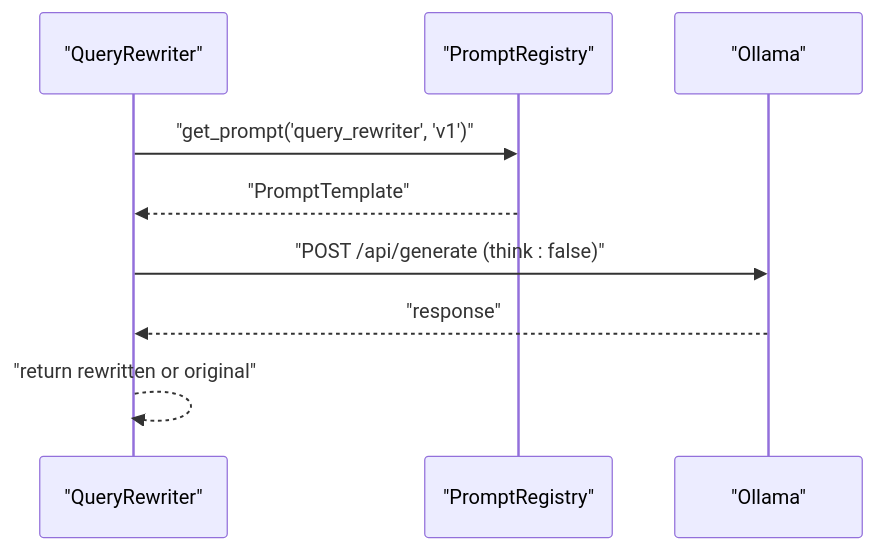
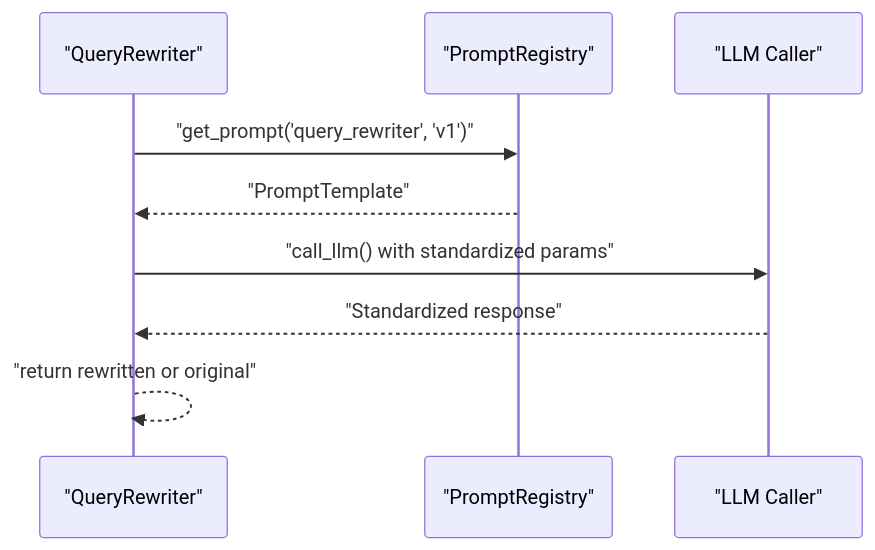
Before and after one commit to genes8/private-ai: the fifth of 11 diagrams in .qoder/repowiki/en/content/AI Agent Pipeline/LLM Integration and Ollama.md, drawn with Mermaid. The commit also changed other lines of this file and 55 other files, not shown here.

````diff
--- a/.qoder/repowiki/en/content/AI Agent Pipeline/LLM Integration and Ollama.md
+++ b/.qoder/repowiki/en/content/AI Agent Pipeline/LLM Integration and Ollama.md
@@ -201,11 +241,11 @@
 ```mermaid
 sequenceDiagram
 participant QR as "QueryRewriter"
 participant Reg as "PromptRegistry"
-participant Ola as "Ollama"
+participant LLM as "LLM Caller"
 QR->>Reg : "get_prompt('query_rewriter', 'v1')"
 Reg-->>QR : "PromptTemplate"
-QR->>Ola : "POST /api/generate (think : false)"
-Ola-->>QR : "response"
+QR->>LLM : "call_llm() with standardized params"
+LLM-->>QR : "Standardized response"
 QR-->>QR : "return rewritten or original"
 ```
````
